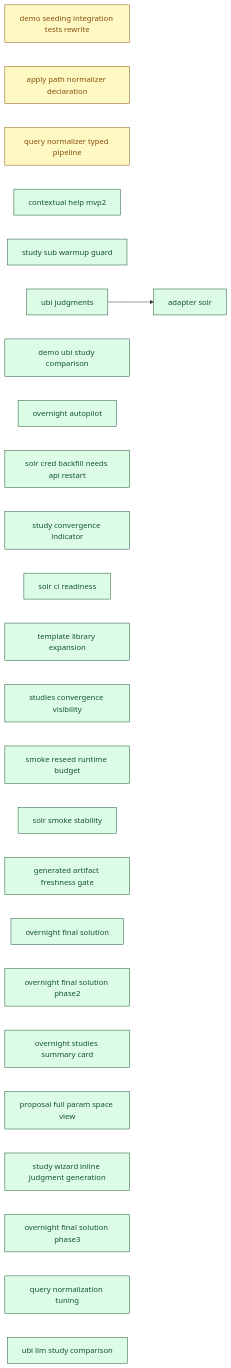
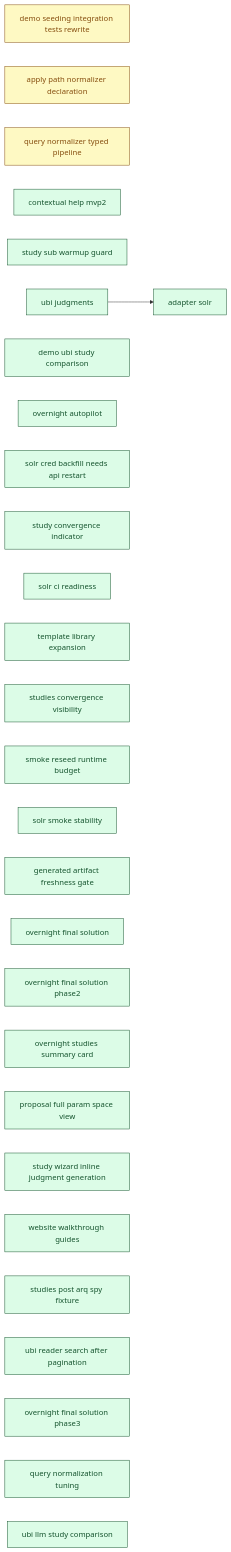
One commit to SoundMindsAI/relyloop changed the diagram in docs/00_overview/MVP2_DASHBOARD.md. Above: the diagram before and after it, drawn with Mermaid. The commit also changed other lines of this file and 18 other files, not shown here.

First line of the commit message:
docs: restore work-type prefix on 3 implemented_features folders (roadmap omission fix) (#484)

````diff
--- a/docs/00_overview/MVP2_DASHBOARD.md
+++ b/docs/00_overview/MVP2_DASHBOARD.md
@@ -104,59 +107,65 @@
 ```mermaid
 graph LR
   classDef done fill:#dcfce7,stroke:#14532d,color:#14532d;
   classDef implement fill:#ffedd5,stroke:#9a3412,color:#9a3412;
   classDef plan fill:#fef9c3,stroke:#854d0e,color:#854d0e;
   classDef spec fill:#dbeafe,stroke:#1e40af,color:#1e40af;
   classDef idea fill:#f1f5f9,stroke:#334155,color:#334155;
   chore_demo_seeding_integration_tests_rewrite["demo seeding integration tests rewrite"]
   class chore_demo_seeding_integration_tests_rewrite plan;
   feat_apply_path_normalizer_declaration["apply path normalizer declaration"]
   class feat_apply_path_normalizer_declaration plan;
   feat_query_normalizer_typed_pipeline["query normalizer typed pipeline"]
   class feat_query_normalizer_typed_pipeline plan;
   feat_contextual_help_mvp2["contextual help mvp2"]
   class feat_contextual_help_mvp2 done;
   feat_study_sub_warmup_guard["study sub warmup guard"]
   class feat_study_sub_warmup_guard done;
   feat_ubi_judgments["ubi judgments"]
   class feat_ubi_judgments done;
   feat_demo_ubi_study_comparison["demo ubi study comparison"]
   class feat_demo_ubi_study_comparison done;
   feat_overnight_autopilot["overnight autopilot"]
   class feat_overnight_autopilot done;
   infra_adapter_solr["adapter solr"]
   class infra_adapter_solr done;
   chore_solr_cred_backfill_needs_api_restart["solr cred backfill needs api restart"]
   class chore_solr_cred_backfill_needs_api_restart done;
   feat_study_convergence_indicator["study convergence indicator"]
   class feat_study_convergence_indicator done;
   infra_solr_ci_readiness["solr ci readiness"]
   class infra_solr_ci_readiness done;
   chore_template_library_expansion["template library expansion"]
   class chore_template_library_expansion done;
   feat_studies_convergence_visibility["studies convergence visibility"]
   class feat_studies_convergence_visibility done;
   infra_smoke_reseed_runtime_budget["smoke reseed runtime budget"]
   class infra_smoke_reseed_runtime_budget done;
   infra_solr_smoke_stability["solr smoke stability"]
   class infra_solr_smoke_stability done;
   infra_generated_artifact_freshness_gate["generated artifact freshness gate"]
   class infra_generated_artifact_freshness_gate done;
   feat_overnight_final_solution["overnight final solution"]
   class feat_overnight_final_solution done;
   feat_overnight_final_solution_phase2["overnight final solution phase2"]
   class feat_overnight_final_solution_phase2 done;
   feat_overnight_studies_summary_card["overnight studies summary card"]
   class feat_overnight_studies_summary_card done;
   feat_proposal_full_param_space_view["proposal full param space view"]
   class feat_proposal_full_param_space_view done;
   feat_study_wizard_inline_judgment_generation["study wizard inline judgment generation"]
   class feat_study_wizard_inline_judgment_generation done;
+  feat_website_walkthrough_guides["website walkthrough guides"]
+  class feat_website_walkthrough_guides done;
+  chore_studies_post_arq_spy_fixture["studies post arq spy fixture"]
+  class chore_studies_post_arq_spy_fixture done;
+  chore_ubi_reader_search_after_pagination["ubi reader search after pagination"]
+  class chore_ubi_reader_search_after_pagination done;
   feat_overnight_final_solution_phase3["overnight final solution phase3"]
   class feat_overnight_final_solution_phase3 done;
   feat_query_normalization_tuning["query normalization tuning"]
   class feat_query_normalization_tuning done;
   feat_ubi_llm_study_comparison["ubi llm study comparison"]
   class feat_ubi_llm_study_comparison done;
   feat_ubi_judgments --> infra_adapter_solr
 ```
````
